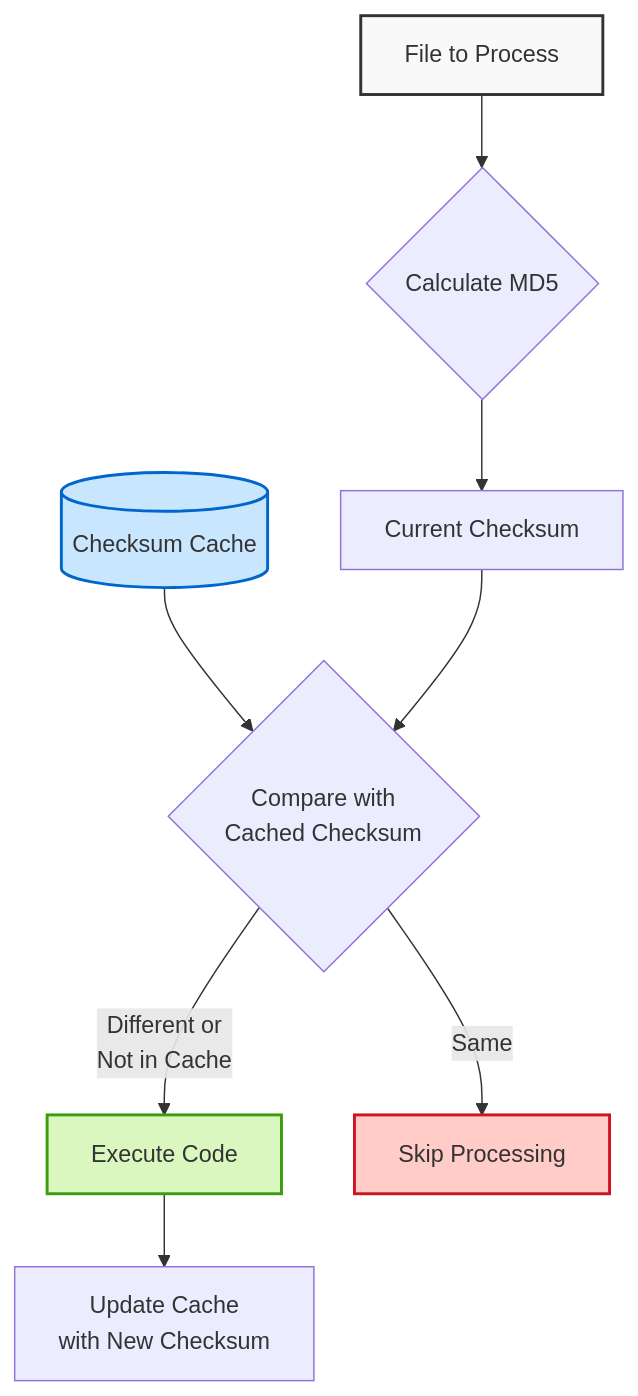
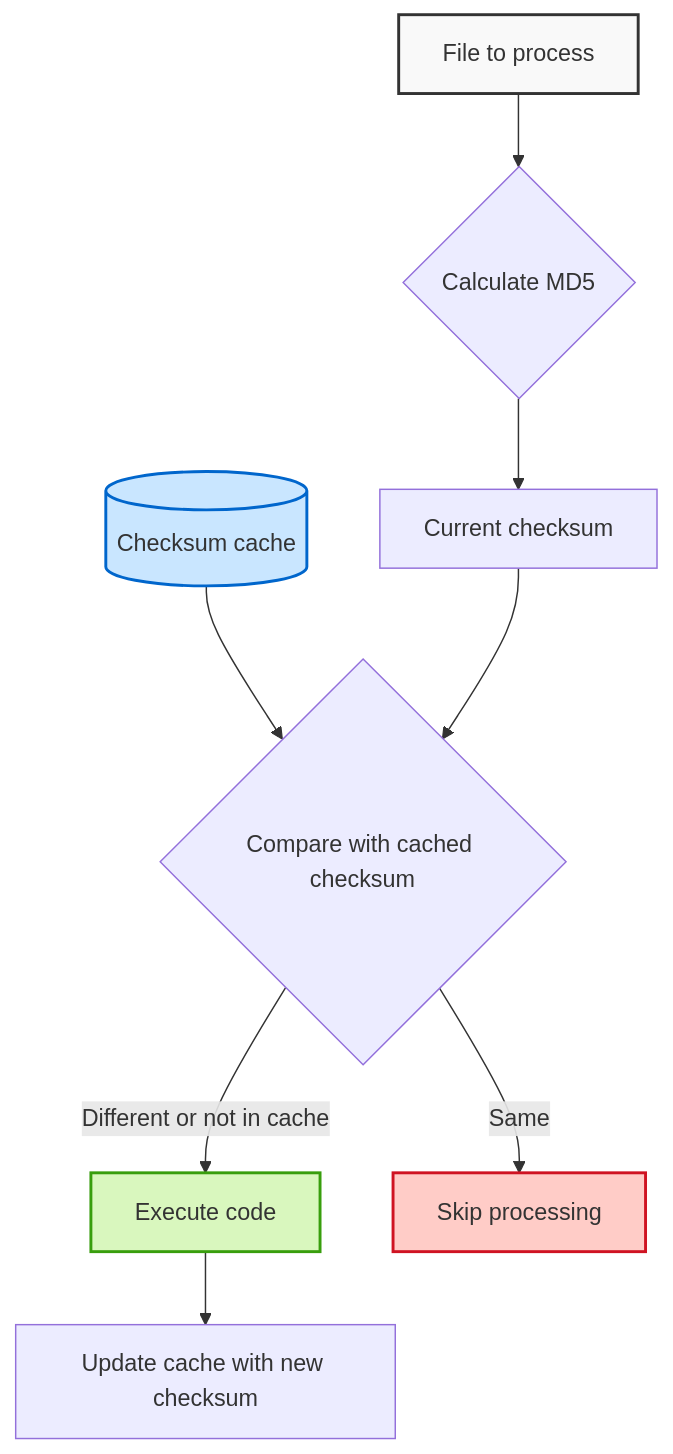
Before and after one commit to sylvainmouquet/pychecksumcache: the diagram in README.md, drawn with Mermaid. The commit also changed other lines of this file and 2 other files, not shown here.

Commit message:
chore(format+docs): update REAMDE.md + format the code

````diff
--- a/README.md
+++ b/README.md
@@ -7,17 +7,17 @@
 ```mermaid
 flowchart TD
-    A[File to Process] --> B{Calculate MD5}
-    B --> C[Current Checksum]
-    D[(Checksum Cache)] --> E{Compare with\nCached Checksum}
+    A[File to process] --> B{Calculate MD5}
+    B --> C[Current checksum]
+    D[(Checksum cache)] --> E{Compare with cached checksum}
     C --> E
     
-    E -->|Different or\nNot in Cache| F[Execute Code]
-    E -->|Same| G[Skip Processing]
+    E -->|Different or not in cache| F[Execute code]
+    E -->|Same| G[Skip processing]
     
-    F --> H[Update Cache\nwith New Checksum]
+    F --> H[Update cache with new checksum]
     
     style A fill:#f9f9f9,stroke:#333,stroke-width:2px
     style D fill:#c9e6ff,stroke:#0066cc,stroke-width:2px
     style F fill:#d9f7be,stroke:#389e0d,stroke-width:2px
     style G fill:#ffccc7,stroke:#cf1322,stroke-width:2px
 ```
````
